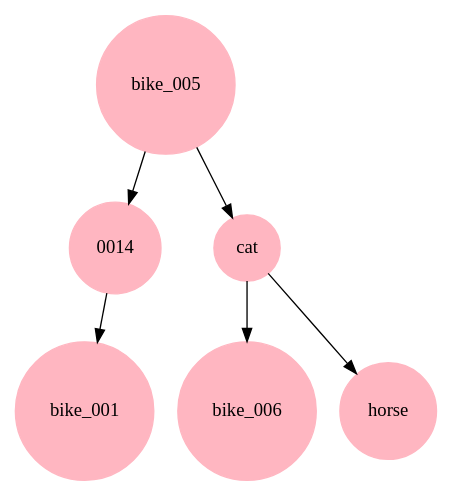
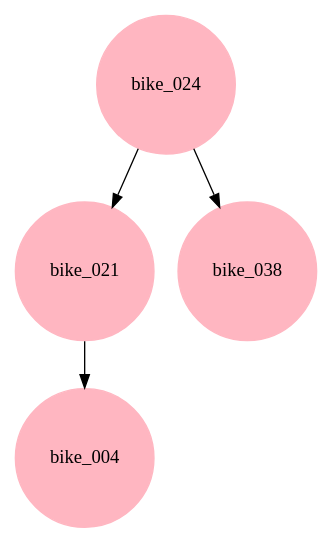
Before and after one commit to adl088/ArbolAVL: the diagram in archivo.dot, drawn with Graphviz. The commit also changed 19 other files, not shown here.

```diff
--- a/archivo.dot
+++ b/archivo.dot
@@ -1,14 +1,12 @@
 digraph G
 {
      node[shape = circle]
      node[style = filled]
      node[fillcolor = "#FFB6C1"]
      node[color = "#FFB6C1"]
      edge[color = "#000000"]
-bike_005->0014->bike_001
+bike_024->bike_021->bike_004
 
-bike_005->cat->bike_006
-cat->horse
-
+bike_024->bike_038
 
 }
```
